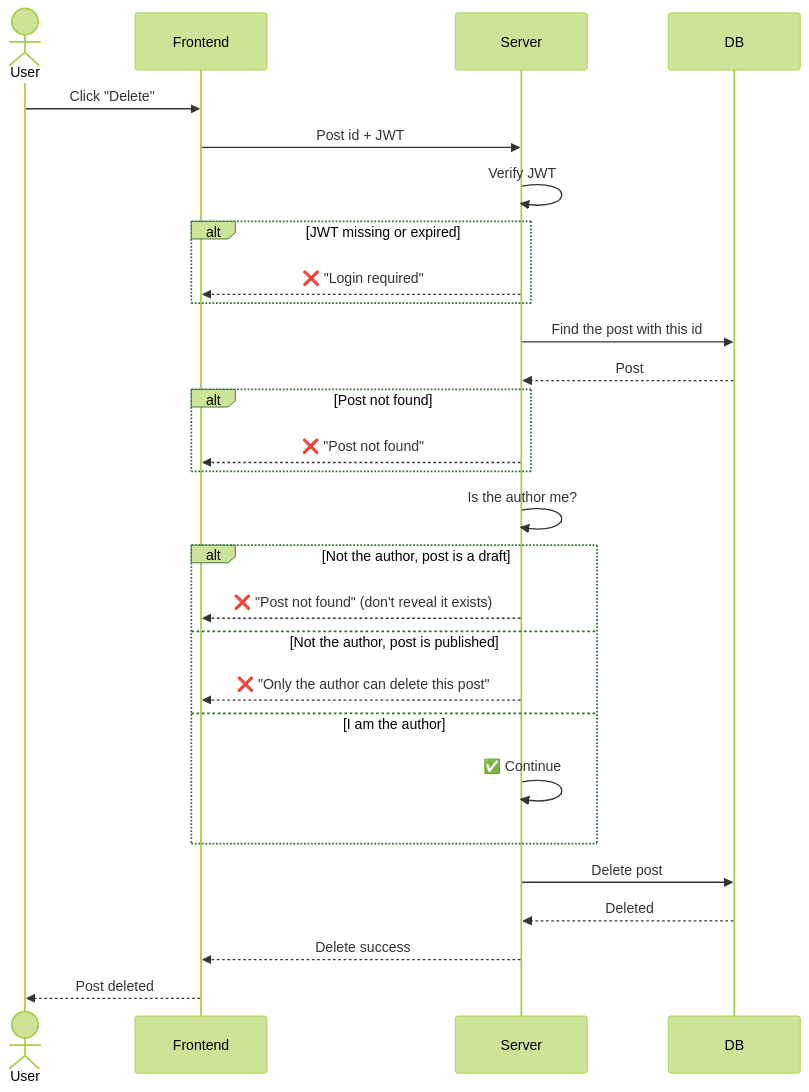
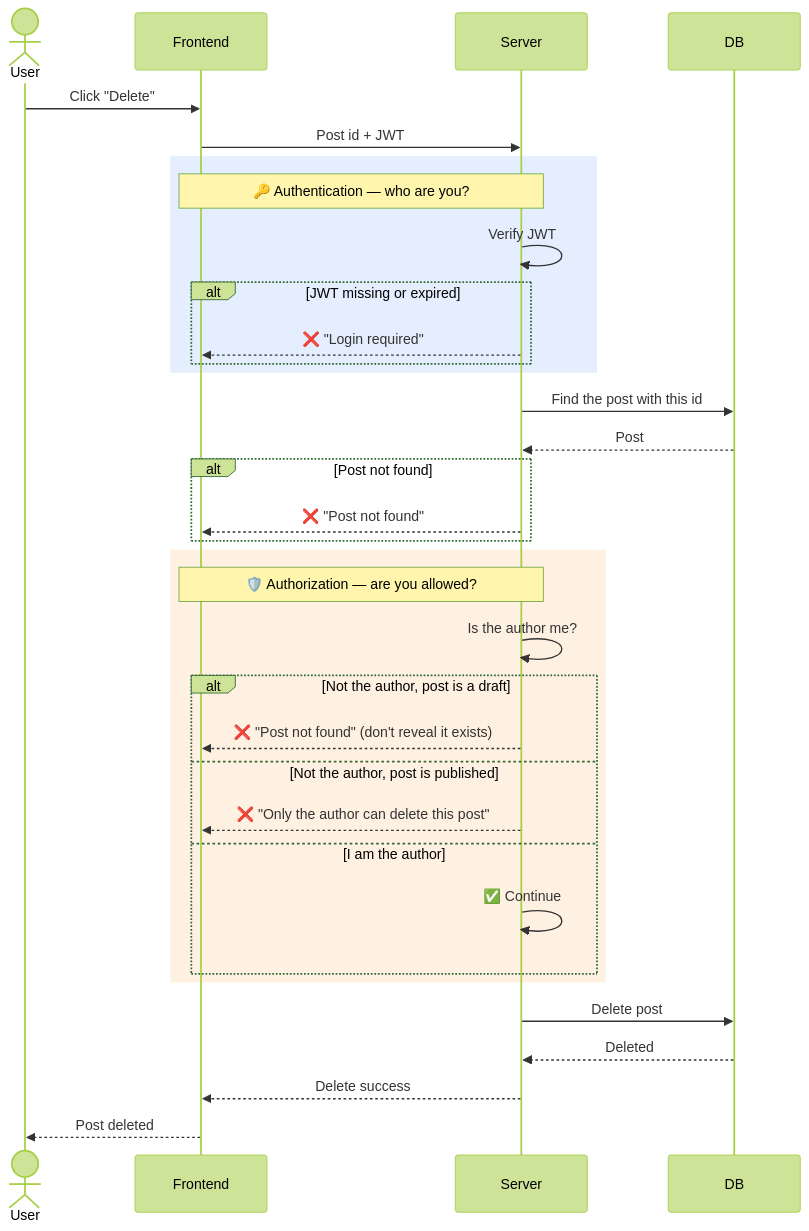
The third of 8 diagrams in docs/sequence-diagrams/post.md (yhan0704/blogBackend), drawn with Mermaid (forest theme) before and after one commit. The commit also changed other lines of this file and 1 other file, not shown here.

Commit message:
docs: mark authentication and authorization in post diagrams

````diff
--- a/docs/sequence-diagrams/post.md
+++ b/docs/sequence-diagrams/post.md
@@ -77,31 +94,37 @@
 ```mermaid
 sequenceDiagram
     actor User
     participant Frontend
     participant Server
     participant DB
 
     User->>Frontend: Click "Delete"
     Frontend->>Server: Post id + JWT
-    Server->>Server: Verify JWT
-    alt JWT missing or expired
-        Server-->>Frontend: ❌ "Login required"
+    rect rgba(80, 140, 255, 0.15)
+        Note over Frontend,Server: 🔑 Authentication — who are you?
+        Server->>Server: Verify JWT
+        alt JWT missing or expired
+            Server-->>Frontend: ❌ "Login required"
+        end
     end
     Server->>DB: Find the post with this id
     DB-->>Server: Post
     alt Post not found
         Server-->>Frontend: ❌ "Post not found"
     end
-    Server->>Server: Is the author me?
-    alt Not the author, post is a draft
-        Server-->>Frontend: ❌ "Post not found" (don't reveal it exists)
-    else Not the author, post is published
-        Server-->>Frontend: ❌ "Only the author can delete this post"
-    else I am the author
-        Server->>Server: ✅ Continue
+    rect rgba(255, 160, 60, 0.15)
+        Note over Frontend,Server: 🛡️ Authorization — are you allowed?
+        Server->>Server: Is the author me?
+        alt Not the author, post is a draft
+            Server-->>Frontend: ❌ "Post not found" (don't reveal it exists)
+        else Not the author, post is published
+            Server-->>Frontend: ❌ "Only the author can delete this post"
+        else I am the author
+            Server->>Server: ✅ Continue
+        end
     end
     Server->>DB: Delete post
     DB-->>Server: Deleted
     Server-->>Frontend: Delete success
     Frontend-->>User: Post deleted
 ```
````
